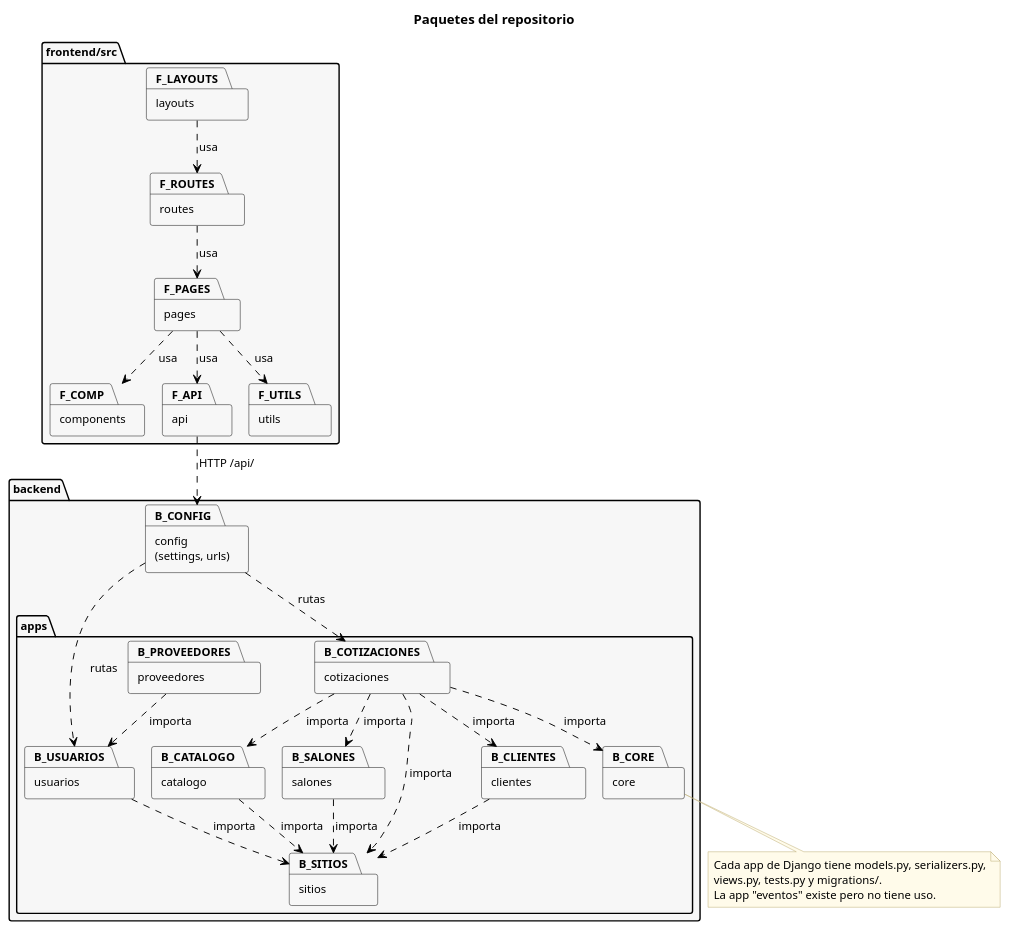
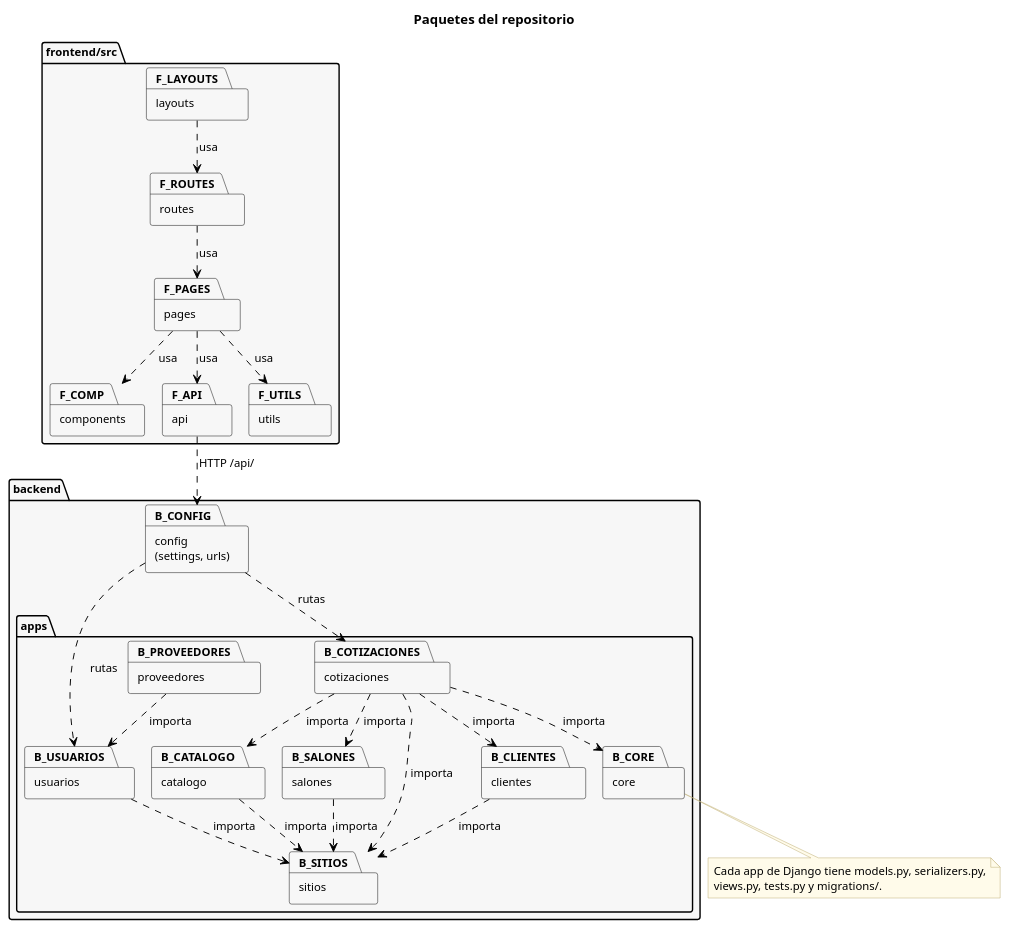
The diagram in docs/arquitectura/Diagrama_Paquetes_SGDE.pu (AndreCamx2/Gestion-De-Eventos), drawn with PlantUML before and after one commit. The commit also changed 19 other files, not shown here.

```diff
--- a/docs/arquitectura/Diagrama_Paquetes_SGDE.pu
+++ b/docs/arquitectura/Diagrama_Paquetes_SGDE.pu
@@ -1,65 +1,64 @@
 @startuml Diagrama_Paquetes_SGDE
 !pragma layout smetana
 title Paquetes del repositorio
 skinparam backgroundColor white
 skinparam ArrowColor black
 skinparam DefaultFontSize 12
 skinparam note {
   BackgroundColor #FFFBEA
   BorderColor #B8A86B
 }
 
 skinparam package {
   BackgroundColor #F7F7F7
   BorderColor black
 }
 
 package "frontend/src" {
   package "pages" as F_PAGES
   package "layouts" as F_LAYOUTS
   package "routes" as F_ROUTES
   package "components" as F_COMP
   package "api" as F_API
   package "utils" as F_UTILS
 }
 
 package "backend" {
   package "config\n(settings, urls)" as B_CONFIG
   package "apps" {
     package "usuarios" as B_USUARIOS
     package "sitios" as B_SITIOS
     package "clientes" as B_CLIENTES
     package "salones" as B_SALONES
     package "catalogo" as B_CATALOGO
     package "proveedores" as B_PROVEEDORES
     package "cotizaciones" as B_COTIZACIONES
     package "core" as B_CORE
   }
 }
 
 F_ROUTES ..> F_PAGES : usa
 F_LAYOUTS ..> F_ROUTES : usa
 F_PAGES ..> F_COMP : usa
 F_PAGES ..> F_API : usa
 F_PAGES ..> F_UTILS : usa
 F_API ..> B_CONFIG : HTTP /api/
 
 B_CONFIG ..> B_USUARIOS : rutas
 B_CONFIG ..> B_COTIZACIONES : rutas
 B_COTIZACIONES ..> B_SALONES : importa
 B_COTIZACIONES ..> B_CATALOGO : importa
 B_COTIZACIONES ..> B_CLIENTES : importa
 B_COTIZACIONES ..> B_SITIOS : importa
 B_COTIZACIONES ..> B_CORE : importa
 B_SALONES ..> B_SITIOS : importa
 B_CATALOGO ..> B_SITIOS : importa
 B_CLIENTES ..> B_SITIOS : importa
 B_USUARIOS ..> B_SITIOS : importa
 B_PROVEEDORES ..> B_USUARIOS : importa
 
 note bottom of B_CORE
   Cada app de Django tiene models.py, serializers.py,
   views.py, tests.py y migrations/.
-  La app "eventos" existe pero no tiene uso.
 end note
 @enduml
```
